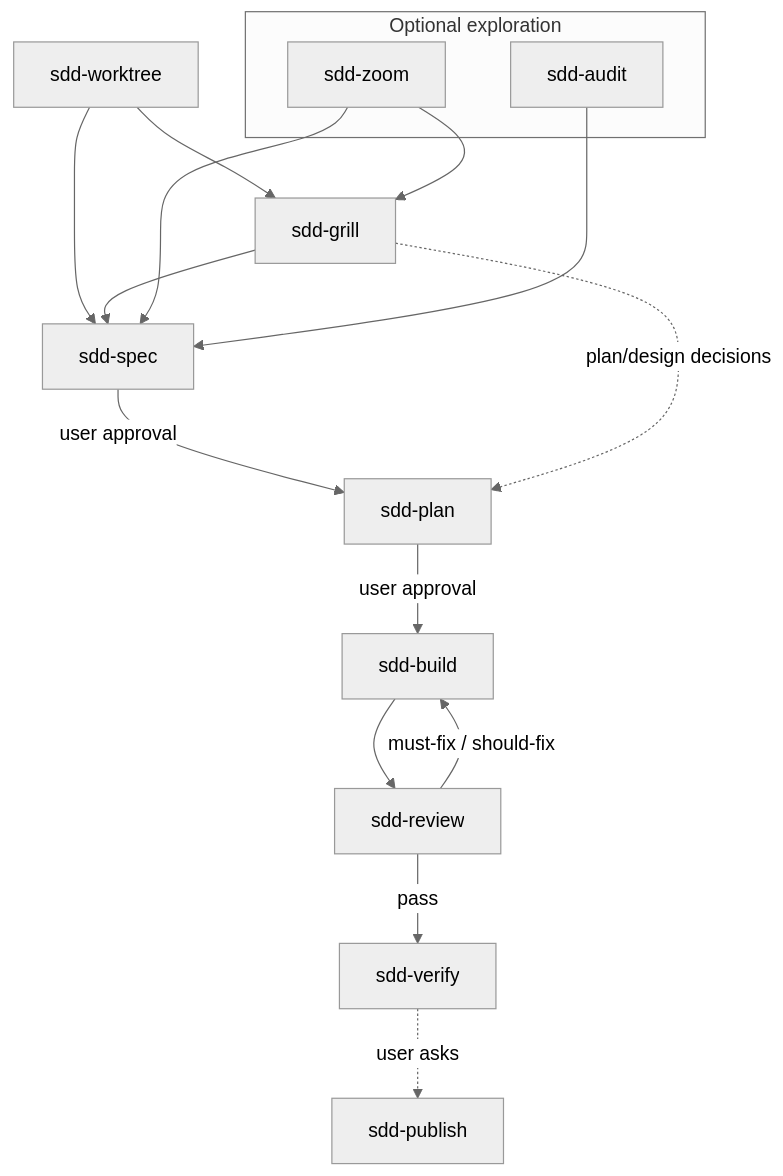
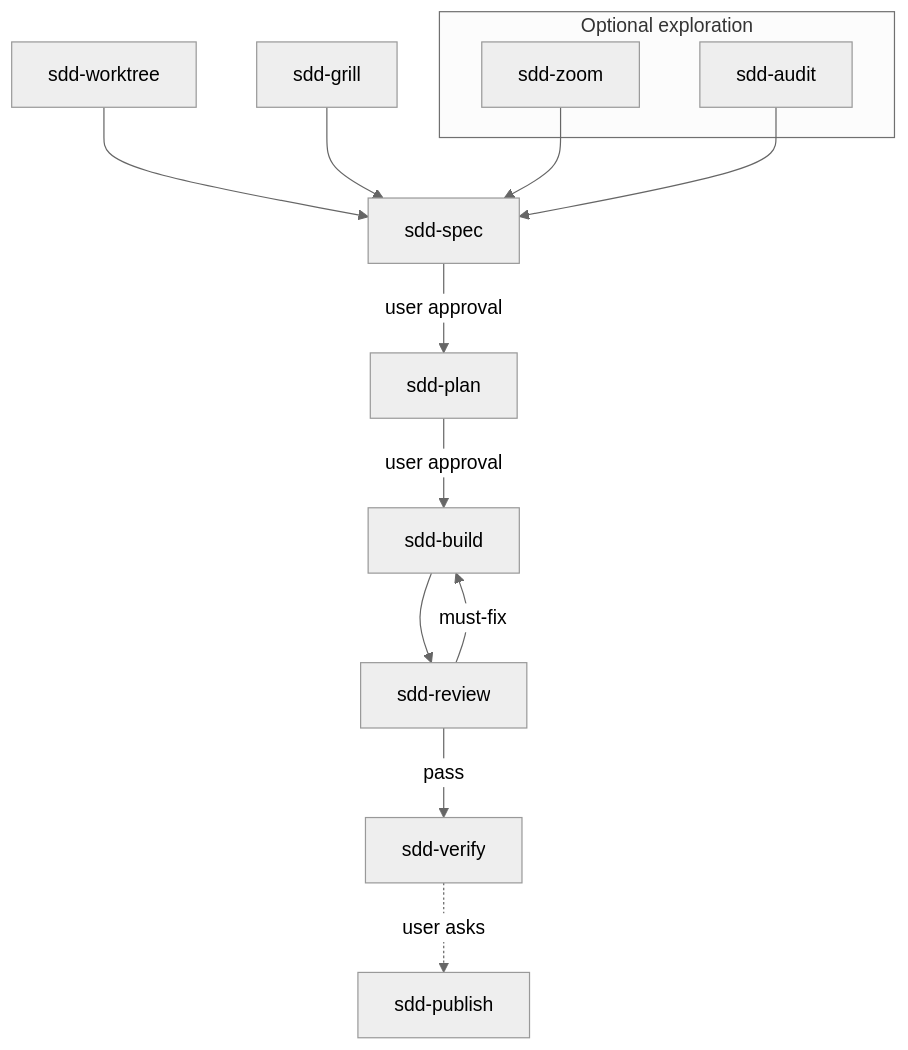
The diagram in README.md (zhijunio/sdd-skills), drawn with Mermaid (neutral theme) before and after one commit. The commit also changed other lines of this file and 2 other files, not shown here.

````diff
--- a/README.md
+++ b/README.md
@@ -37,24 +63,21 @@
 ```mermaid
 flowchart TD
   WT[sdd-worktree]
   G[sdd-grill]
   subgraph explore["Optional exploration"]
     Z[sdd-zoom]
     A[sdd-audit]
   end
 
   S[sdd-spec] -->|user approval| P[sdd-plan]
   P -->|user approval| B[sdd-build]
   B --> R[sdd-review]
-  R -->|must-fix / should-fix| B
+  R -->|must-fix| B
   R -->|pass| V[sdd-verify]
   V -.->|user asks| PUB[sdd-publish]
 
   WT --> S
-  WT --> G
   G --> S
-  G -.->|plan/design decisions| P
   Z --> S
-  Z --> G
   A --> S
 ```
````
